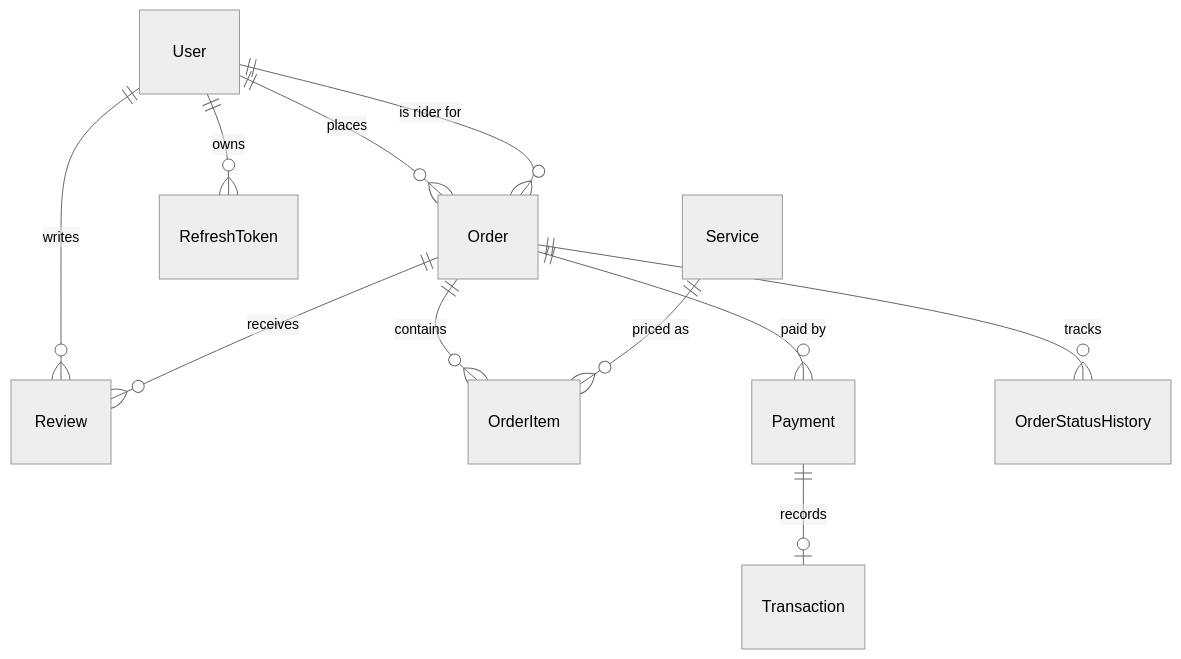
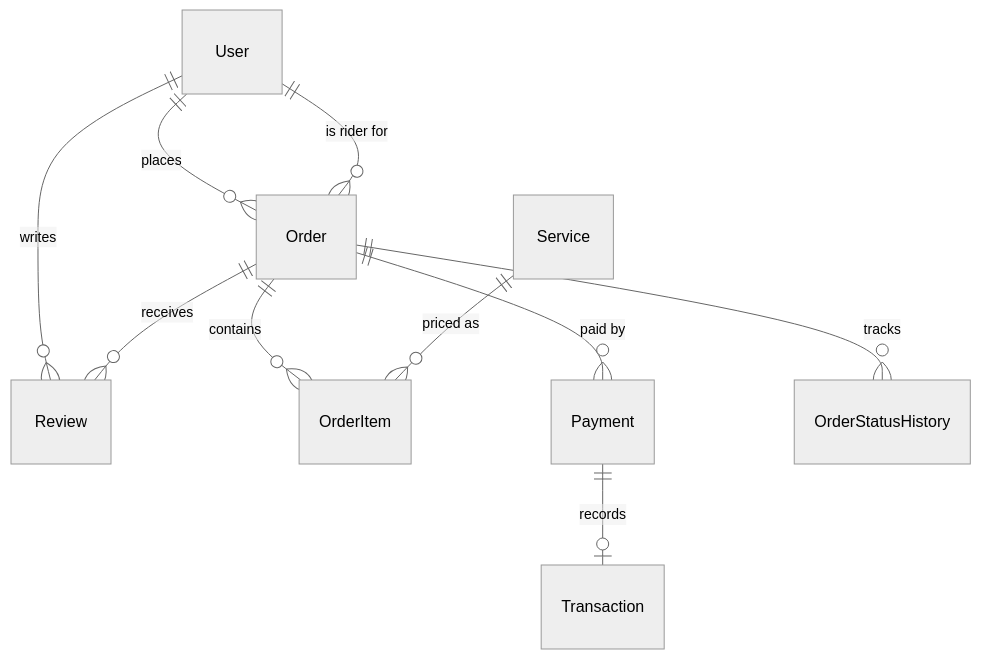
The second of 3 diagrams in README.md (Wambuiracheal/laundry-app), drawn with Mermaid (neutral theme) before and after one commit. The commit also changed other lines of this file and 52 other files, not shown here.

````diff
--- a/README.md
+++ b/README.md
@@ -288,13 +286,12 @@
 ```mermaid
 erDiagram
     User ||--o{ Order : places
     User ||--o{ Order : "is rider for"
     User ||--o{ Review : writes
-    User ||--o{ RefreshToken : owns
     Order ||--o{ OrderItem : contains
     Service ||--o{ OrderItem : "priced as"
     Order ||--o{ Payment : "paid by"
     Payment ||--o| Transaction : records
     Order ||--o{ OrderStatusHistory : tracks
     Order ||--o{ Review : receives
 ```
````
